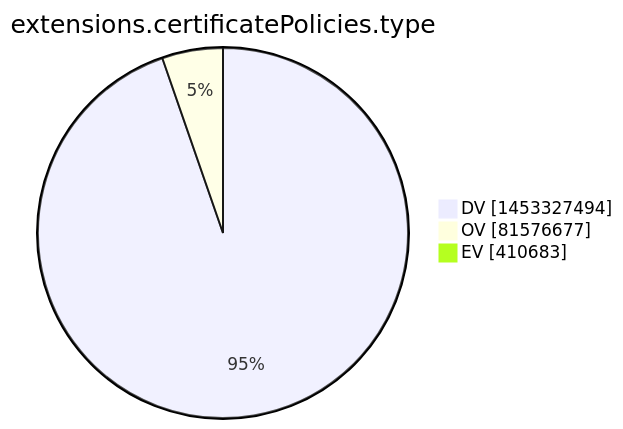
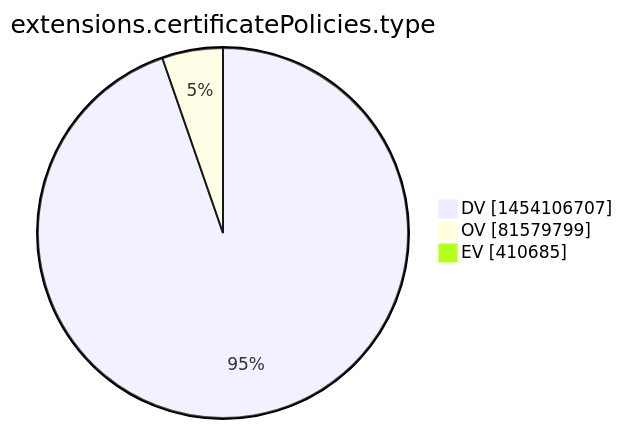
The tenth of 15 diagrams in xenon2022/README.md (christiankrug/ctmonitor_visualization), drawn with Mermaid before and after one commit. The commit also changed other lines of this file, not shown here.

````diff
--- a/xenon2022/README.md
+++ b/xenon2022/README.md
@@ -2870,7 +2870,7 @@
 ```mermaid
 pie showData
 title extensions.certificatePolicies.type
-"DV" :1453327494
-"OV" :81576677
-"EV" :410683
+"DV" :1454106707
+"OV" :81579799
+"EV" :410685
 ```
````
